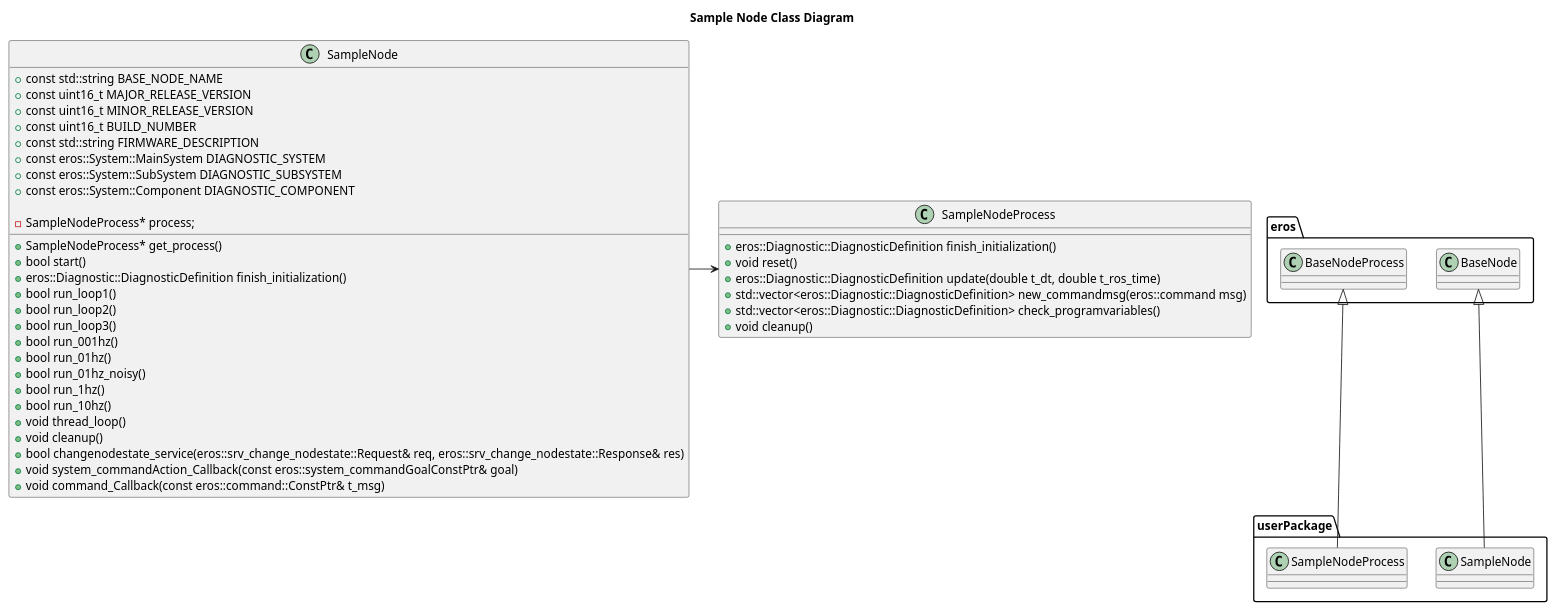
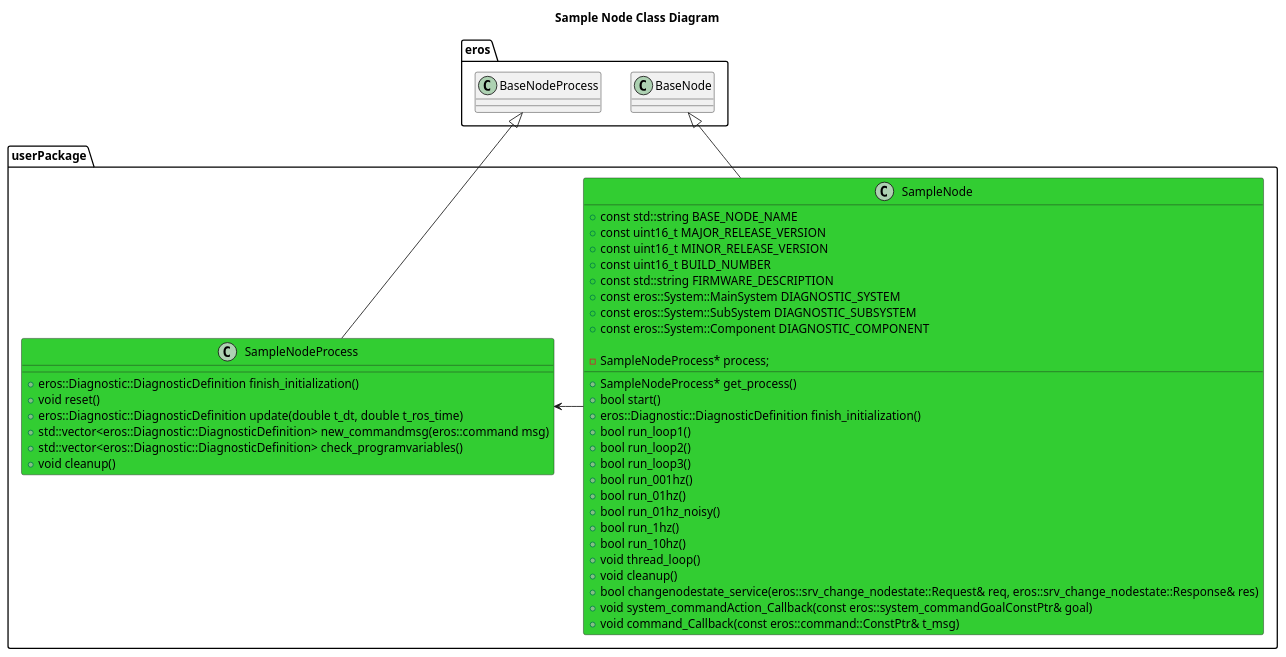
Before and after one commit to dgitz/eros: the diagram in sample/SampleNode/SampleNode/doc/SampleNodeClassDiagram.puml, drawn with PlantUML. The commit also changed 10 other files, not shown here.

```diff
--- a/sample/SampleNode/SampleNode/doc/SampleNodeClassDiagram.puml
+++ b/sample/SampleNode/SampleNode/doc/SampleNodeClassDiagram.puml
@@ -1,51 +1,52 @@
 @startuml
 title Sample Node Class Diagram
 
 package eros {
   class BaseNode
   class BaseNodeProcess
 }
 
 package userPackage {
+
+  class SampleNode #LimeGreen {
+      +const std::string BASE_NODE_NAME
+      +const uint16_t MAJOR_RELEASE_VERSION
+      +const uint16_t MINOR_RELEASE_VERSION
+      +const uint16_t BUILD_NUMBER
+      +const std::string FIRMWARE_DESCRIPTION
+      +const eros::System::MainSystem DIAGNOSTIC_SYSTEM
+      +const eros::System::SubSystem DIAGNOSTIC_SUBSYSTEM
+      +const eros::System::Component DIAGNOSTIC_COMPONENT
+      +SampleNodeProcess* get_process()
+      +bool start()
+      +eros::Diagnostic::DiagnosticDefinition finish_initialization()
+      +bool run_loop1()
+      +bool run_loop2()
+      +bool run_loop3()
+      +bool run_001hz()
+      +bool run_01hz()
+      +bool run_01hz_noisy()
+      +bool run_1hz()
+      +bool run_10hz()
+      +void thread_loop()
+      +void cleanup()
+      +bool changenodestate_service(eros::srv_change_nodestate::Request& req, eros::srv_change_nodestate::Response& res)
+      +void system_commandAction_Callback(const eros::system_commandGoalConstPtr& goal)
+      +void command_Callback(const eros::command::ConstPtr& t_msg)
+
+      -SampleNodeProcess* process;
+  }
+  class SampleNodeProcess #LimeGreen {
+      +eros::Diagnostic::DiagnosticDefinition finish_initialization()
+      +void reset()
+      +eros::Diagnostic::DiagnosticDefinition update(double t_dt, double t_ros_time)
+      +std::vector<eros::Diagnostic::DiagnosticDefinition> new_commandmsg(eros::command msg)
+      +std::vector<eros::Diagnostic::DiagnosticDefinition> check_programvariables()
+      +void cleanup()
+
+  }
   BaseNode <|-- SampleNode
   BaseNodeProcess <|-- SampleNodeProcess
+  SampleNode -> SampleNodeProcess
 }
-class SampleNode {
-    +const std::string BASE_NODE_NAME
-    +const uint16_t MAJOR_RELEASE_VERSION
-    +const uint16_t MINOR_RELEASE_VERSION
-    +const uint16_t BUILD_NUMBER
-    +const std::string FIRMWARE_DESCRIPTION
-    +const eros::System::MainSystem DIAGNOSTIC_SYSTEM
-    +const eros::System::SubSystem DIAGNOSTIC_SUBSYSTEM
-    +const eros::System::Component DIAGNOSTIC_COMPONENT
-    +SampleNodeProcess* get_process()
-    +bool start()
-    +eros::Diagnostic::DiagnosticDefinition finish_initialization()
-    +bool run_loop1()
-    +bool run_loop2()
-    +bool run_loop3()
-    +bool run_001hz()
-    +bool run_01hz()
-    +bool run_01hz_noisy()
-    +bool run_1hz()
-    +bool run_10hz()
-    +void thread_loop()
-    +void cleanup()
-    +bool changenodestate_service(eros::srv_change_nodestate::Request& req, eros::srv_change_nodestate::Response& res)
-    +void system_commandAction_Callback(const eros::system_commandGoalConstPtr& goal)
-    +void command_Callback(const eros::command::ConstPtr& t_msg)
-
-    -SampleNodeProcess* process;
-}
-class SampleNodeProcess {
-    +eros::Diagnostic::DiagnosticDefinition finish_initialization()
-    +void reset()
-    +eros::Diagnostic::DiagnosticDefinition update(double t_dt, double t_ros_time)
-    +std::vector<eros::Diagnostic::DiagnosticDefinition> new_commandmsg(eros::command msg)
-    +std::vector<eros::Diagnostic::DiagnosticDefinition> check_programvariables()
-    +void cleanup()
-
-}
-SampleNode -> SampleNodeProcess
 @enduml
```
